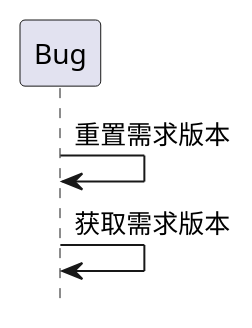
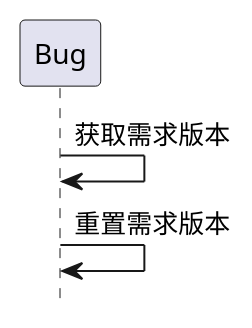
The seventh of 9 diagrams in ibizpms-docs/src/main/doc/v1/module/zentao/Bug_old.md (goblinln/iBizPMS), drawn with PlantUML before and after one commit. The commit also changed other lines of this file and 563 other files, not shown here.

```diff
--- a/ibizpms-docs/src/main/doc/v1/module/zentao/Bug_old.md
+++ b/ibizpms-docs/src/main/doc/v1/module/zentao/Bug_old.md
@@ -344,6 +344,6 @@
 {% plantuml %}
 hide footbox
 
+Bug -> Bug: 获取需求版本
 Bug -> Bug: 重置需求版本
-Bug -> Bug: 获取需求版本
 {% endplantuml %}
```
